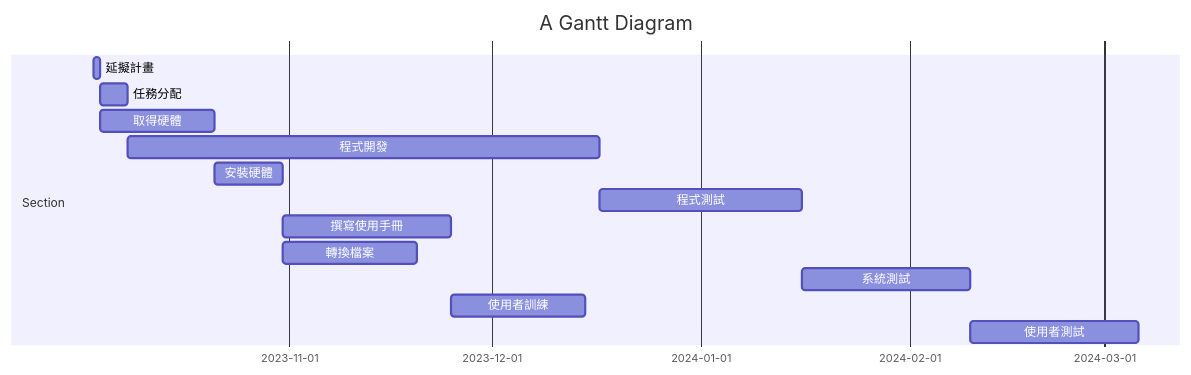
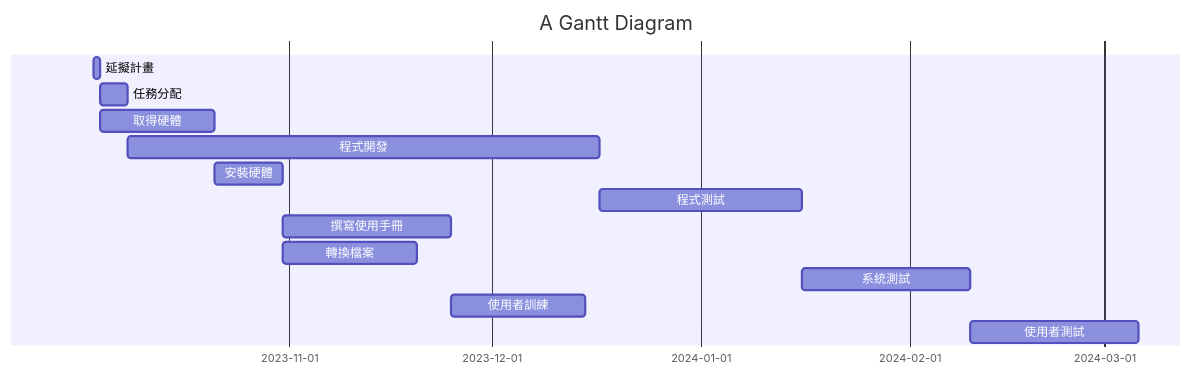
One commit to xinyi1201/hw2.md changed the diagram in README.md. Above: the diagram before and after it, drawn with Mermaid.

````diff
--- a/README.md
+++ b/README.md
@@ -8,17 +8,17 @@
 ```mermaid
 gantt
     title A Gantt Diagram
 
-    section Section
     延擬計畫          :a1, 2023-10-03, 1d
     任務分配     :a2 , after a1  , 4d
     取得硬體   : a3 ,after a1  , 17d
     程式開發 : a4 ,after a2  , 70d
     安裝硬體 : a5 ,after a3  , 10d
     程式測試 : a6 ,after a4  , 30d
     撰寫使用手冊 : a7 ,after a5  , 25d
     轉換檔案 : a8,after a5  , 20d
     系統測試 : a9,after a6  , 25d
     使用者訓練 : a10,after a7 a8  , 20d
     使用者測試 : a11,after a9 a10  , 25d
+
 ```
````
